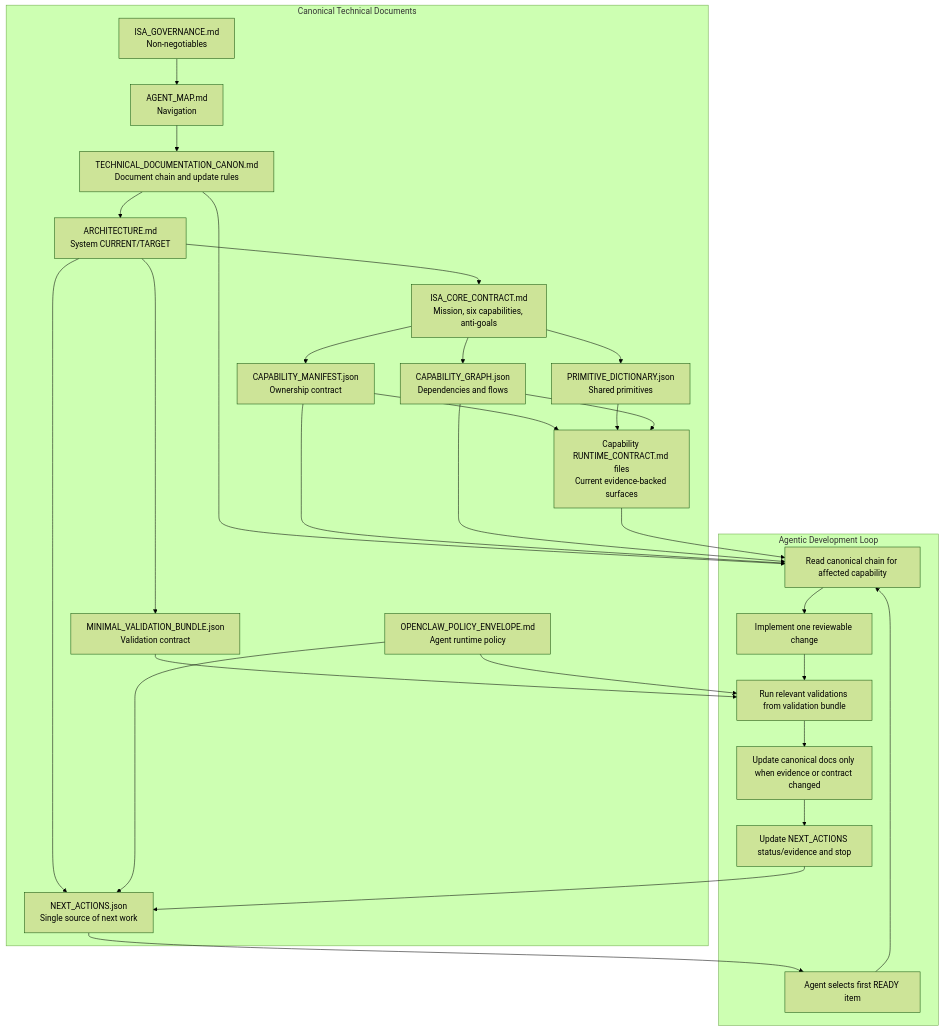
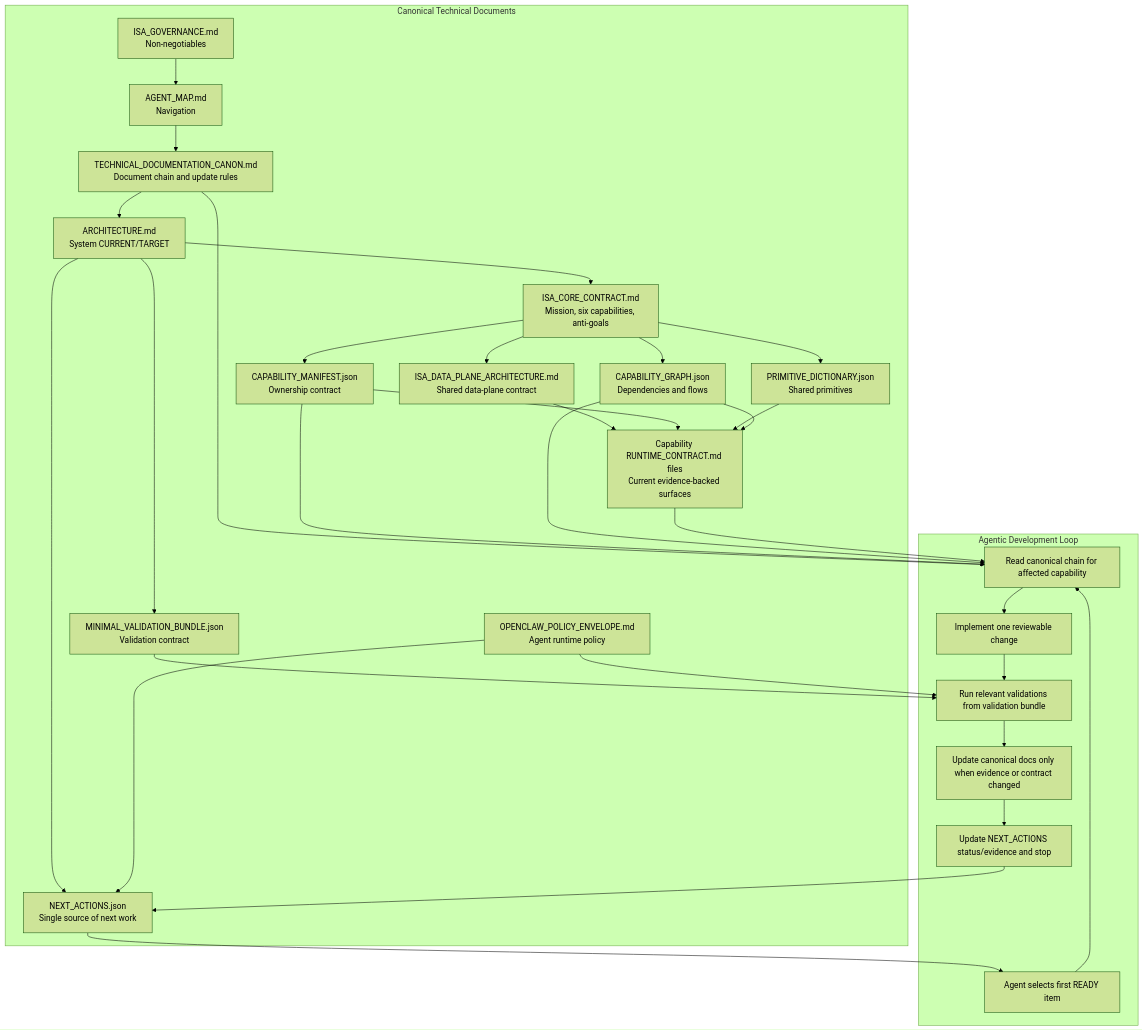
The diagram in docs/governance/TECHNICAL_DOCUMENTATION_CANON.md (GS1Ned/isa_web_clean), drawn with Mermaid (forest theme) before and after one commit. The commit also changed other lines of this file and 14 other files, not shown here.

Commit message:
docs(spec): add canonical data plane architecture contract

````diff
--- a/docs/governance/TECHNICAL_DOCUMENTATION_CANON.md
+++ b/docs/governance/TECHNICAL_DOCUMENTATION_CANON.md
@@ -59,50 +62,53 @@
 ```mermaid
 flowchart TD
     subgraph CanonicalDocs["Canonical Technical Documents"]
         GOV["ISA_GOVERNANCE.md\nNon-negotiables"]
         MAP["AGENT_MAP.md\nNavigation"]
         CANON["TECHNICAL_DOCUMENTATION_CANON.md\nDocument chain and update rules"]
         ARCH["ARCHITECTURE.md\nSystem CURRENT/TARGET"]
         CORE["ISA_CORE_CONTRACT.md\nMission, six capabilities, anti-goals"]
+        DATA["ISA_DATA_PLANE_ARCHITECTURE.md\nShared data-plane contract"]
         MANIFEST["CAPABILITY_MANIFEST.json\nOwnership contract"]
         PRIMS["PRIMITIVE_DICTIONARY.json\nShared primitives"]
         GRAPH["CAPABILITY_GRAPH.json\nDependencies and flows"]
         RUNTIME["Capability RUNTIME_CONTRACT.md files\nCurrent evidence-backed surfaces"]
         VALID["MINIMAL_VALIDATION_BUNDLE.json\nValidation contract"]
         NEXT["NEXT_ACTIONS.json\nSingle source of next work"]
         POLICY["OPENCLAW_POLICY_ENVELOPE.md\nAgent runtime policy"]
     end
 
     GOV --> MAP
     MAP --> CANON
     CANON --> ARCH
     ARCH --> CORE
+    CORE --> DATA
     CORE --> MANIFEST
     CORE --> PRIMS
     CORE --> GRAPH
+    DATA --> RUNTIME
     MANIFEST --> RUNTIME
     PRIMS --> RUNTIME
     GRAPH --> RUNTIME
     ARCH --> VALID
     ARCH --> NEXT
     POLICY --> NEXT
 
     subgraph AgenticLoop["Agentic Development Loop"]
         A["Agent selects first READY item"]
         B["Read canonical chain for affected capability"]
         C["Implement one reviewable change"]
         D["Run relevant validations from validation bundle"]
         E["Update canonical docs only when evidence or contract changed"]
         F["Update NEXT_ACTIONS status/evidence and stop"]
     end
 
     NEXT --> A
     CANON --> B
     MANIFEST --> B
     GRAPH --> B
     RUNTIME --> B
     VALID --> D
     POLICY --> D
     A --> B --> C --> D --> E --> F
     F --> NEXT
 ```
````
